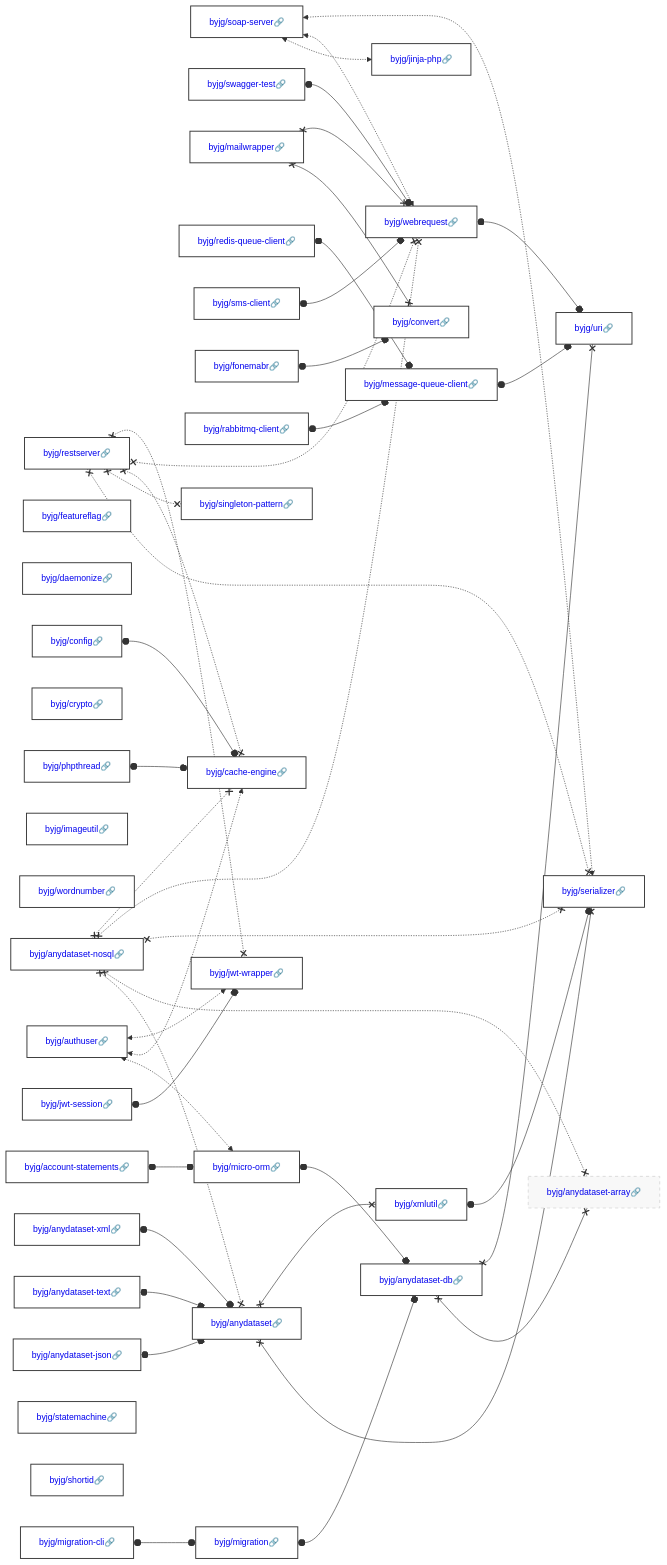
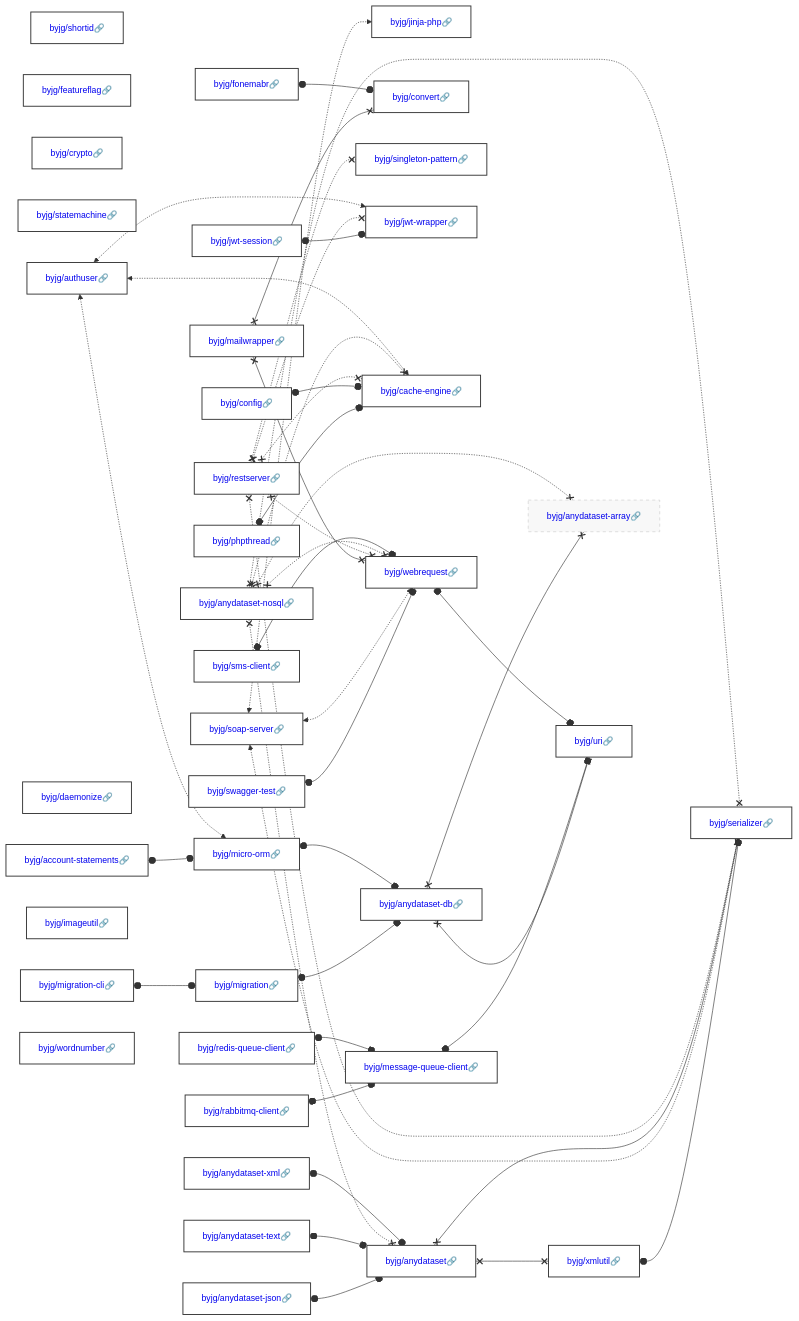
Before and after one commit to byjg/byjg.github.io: the diagram in docs/php/README.md, drawn with Mermaid. The commit also changed other lines of this file and 2 other files, not shown here.

Commit message:
Update documentation 'php' 'php-uri'

````diff
--- a/docs/php/README.md
+++ b/docs/php/README.md
@@ -3,40 +3,40 @@
 ```mermaid
 graph LR;
+  byjg/anydataset-nosql[<a href='https://opensource.byjg.com/docs/php/anydataset-nosql' style='text-decoration:none'>byjg/anydataset-nosql🔗</a>];
+  byjg/anydataset-xml[<a href='https://opensource.byjg.com/docs/php/anydataset-xml' style='text-decoration:none'>byjg/anydataset-xml🔗</a>];
+  byjg/sms-client[<a href='https://opensource.byjg.com/docs/php/sms-client' style='text-decoration:none'>byjg/sms-client🔗</a>];
+  byjg/shortid[<a href='https://opensource.byjg.com/docs/php/shortid' style='text-decoration:none'>byjg/shortid🔗</a>];
+  byjg/rabbitmq-client[<a href='https://opensource.byjg.com/docs/php/rabbitmq-client' style='text-decoration:none'>byjg/rabbitmq-client🔗</a>];
+  byjg/fonemabr[<a href='https://opensource.byjg.com/docs/php/fonemabr' style='text-decoration:none'>byjg/fonemabr🔗</a>];
+  byjg/featureflag[<a href='https://opensource.byjg.com/docs/php/featureflag' style='text-decoration:none'>byjg/featureflag🔗</a>];
+  byjg/crypto[<a href='https://opensource.byjg.com/docs/php/crypto' style='text-decoration:none'>byjg/crypto🔗</a>];
+  byjg/statemachine[<a href='https://opensource.byjg.com/docs/php/statemachine' style='text-decoration:none'>byjg/statemachine🔗</a>];
   byjg/soap-server[<a href='https://opensource.byjg.com/docs/php/soap-server' style='text-decoration:none'>byjg/soap-server🔗</a>];
+  byjg/phpthread[<a href='https://opensource.byjg.com/docs/php/phpthread' style='text-decoration:none'>byjg/phpthread🔗</a>];
+  byjg/account-statements[<a href='https://opensource.byjg.com/docs/php/account-statements' style='text-decoration:none'>byjg/account-statements🔗</a>];
+  byjg/jwt-session[<a href='https://opensource.byjg.com/docs/php/jwt-session' style='text-decoration:none'>byjg/jwt-session🔗</a>];
+  byjg/daemonize[<a href='https://opensource.byjg.com/docs/php/daemonize' style='text-decoration:none'>byjg/daemonize🔗</a>];
+  byjg/redis-queue-client[<a href='https://opensource.byjg.com/docs/php/redis-queue-client' style='text-decoration:none'>byjg/redis-queue-client🔗</a>];
+  byjg/authuser[<a href='https://opensource.byjg.com/docs/php/authuser' style='text-decoration:none'>byjg/authuser🔗</a>];
+  byjg/imageutil[<a href='https://opensource.byjg.com/docs/php/imageutil' style='text-decoration:none'>byjg/imageutil🔗</a>];
+  byjg/mailwrapper[<a href='https://opensource.byjg.com/docs/php/mailwrapper' style='text-decoration:none'>byjg/mailwrapper🔗</a>];
+  byjg/restserver[<a href='https://opensource.byjg.com/docs/php/restserver' style='text-decoration:none'>byjg/restserver🔗</a>];
+  byjg/anydataset-text[<a href='https://opensource.byjg.com/docs/php/anydataset-text' style='text-decoration:none'>byjg/anydataset-text🔗</a>];
+  byjg/migration-cli[<a href='https://opensource.byjg.com/docs/php/migration-cli' style='text-decoration:none'>byjg/migration-cli🔗</a>];
+  byjg/config[<a href='https://opensource.byjg.com/docs/php/config' style='text-decoration:none'>byjg/config🔗</a>];
   byjg/swagger-test[<a href='https://opensource.byjg.com/docs/php/swagger-test' style='text-decoration:none'>byjg/swagger-test🔗</a>];
-  byjg/mailwrapper[<a href='https://opensource.byjg.com/docs/php/mailwrapper' style='text-decoration:none'>byjg/mailwrapper🔗</a>];
-  byjg/redis-queue-client[<a href='https://opensource.byjg.com/docs/php/redis-queue-client' style='text-decoration:none'>byjg/redis-queue-client🔗</a>];
-  byjg/anydataset-xml[<a href='https://opensource.byjg.com/docs/php/anydataset-xml' style='text-decoration:none'>byjg/anydataset-xml🔗</a>];
-  byjg/featureflag[<a href='https://opensource.byjg.com/docs/php/featureflag' style='text-decoration:none'>byjg/featureflag🔗</a>];
-  byjg/daemonize[<a href='https://opensource.byjg.com/docs/php/daemonize' style='text-decoration:none'>byjg/daemonize🔗</a>];
-  byjg/anydataset-text[<a href='https://opensource.byjg.com/docs/php/anydataset-text' style='text-decoration:none'>byjg/anydataset-text🔗</a>];
-  byjg/sms-client[<a href='https://opensource.byjg.com/docs/php/sms-client' style='text-decoration:none'>byjg/sms-client🔗</a>];
-  byjg/crypto[<a href='https://opensource.byjg.com/docs/php/crypto' style='text-decoration:none'>byjg/crypto🔗</a>];
-  byjg/migration-cli[<a href='https://opensource.byjg.com/docs/php/migration-cli' style='text-decoration:none'>byjg/migration-cli🔗</a>];
-  byjg/imageutil[<a href='https://opensource.byjg.com/docs/php/imageutil' style='text-decoration:none'>byjg/imageutil🔗</a>];
   byjg/wordnumber[<a href='https://opensource.byjg.com/docs/php/wordnumber' style='text-decoration:none'>byjg/wordnumber🔗</a>];
   byjg/anydataset-json[<a href='https://opensource.byjg.com/docs/php/anydataset-json' style='text-decoration:none'>byjg/anydataset-json🔗</a>];
-  byjg/account-statements[<a href='https://opensource.byjg.com/docs/php/account-statements' style='text-decoration:none'>byjg/account-statements🔗</a>];
-  byjg/jwt-session[<a href='https://opensource.byjg.com/docs/php/jwt-session' style='text-decoration:none'>byjg/jwt-session🔗</a>];
-  byjg/fonemabr[<a href='https://opensource.byjg.com/docs/php/fonemabr' style='text-decoration:none'>byjg/fonemabr🔗</a>];
-  byjg/phpthread[<a href='https://opensource.byjg.com/docs/php/phpthread' style='text-decoration:none'>byjg/phpthread🔗</a>];
-  byjg/authuser[<a href='https://opensource.byjg.com/docs/php/authuser' style='text-decoration:none'>byjg/authuser🔗</a>];
-  byjg/rabbitmq-client[<a href='https://opensource.byjg.com/docs/php/rabbitmq-client' style='text-decoration:none'>byjg/rabbitmq-client🔗</a>];
-  byjg/config[<a href='https://opensource.byjg.com/docs/php/config' style='text-decoration:none'>byjg/config🔗</a>];
-  byjg/anydataset-nosql[<a href='https://opensource.byjg.com/docs/php/anydataset-nosql' style='text-decoration:none'>byjg/anydataset-nosql🔗</a>];
-  byjg/statemachine[<a href='https://opensource.byjg.com/docs/php/statemachine' style='text-decoration:none'>byjg/statemachine🔗</a>];
-  byjg/shortid[<a href='https://opensource.byjg.com/docs/php/shortid' style='text-decoration:none'>byjg/shortid🔗</a>];
-  byjg/restserver[<a href='https://opensource.byjg.com/docs/php/restserver' style='text-decoration:none'>byjg/restserver🔗</a>];
   byjg/jinja-php[<a href='https://opensource.byjg.com/docs/php/jinja-php' style='text-decoration:none'>byjg/jinja-php🔗</a>];
+  byjg/message-queue-client[<a href='https://opensource.byjg.com/docs/php/message-queue-client' style='text-decoration:none'>byjg/message-queue-client🔗</a>];
+  byjg/micro-orm[<a href='https://opensource.byjg.com/docs/php/micro-orm' style='text-decoration:none'>byjg/micro-orm🔗</a>];
+  byjg/convert[<a href='https://opensource.byjg.com/docs/php/convert' style='text-decoration:none'>byjg/convert🔗</a>];
+  byjg/singleton-pattern[<a href='https://opensource.byjg.com/docs/php/singleton-pattern' style='text-decoration:none'>byjg/singleton-pattern🔗</a>];
+  byjg/jwt-wrapper[<a href='https://opensource.byjg.com/docs/php/jwt-wrapper' style='text-decoration:none'>byjg/jwt-wrapper🔗</a>];
   byjg/migration[<a href='https://opensource.byjg.com/docs/php/migration' style='text-decoration:none'>byjg/migration🔗</a>];
-  byjg/convert[<a href='https://opensource.byjg.com/docs/php/convert' style='text-decoration:none'>byjg/convert🔗</a>];
-  byjg/micro-orm[<a href='https://opensource.byjg.com/docs/php/micro-orm' style='text-decoration:none'>byjg/micro-orm🔗</a>];
-  byjg/message-queue-client[<a href='https://opensource.byjg.com/docs/php/message-queue-client' style='text-decoration:none'>byjg/message-queue-client🔗</a>];
-  byjg/anydataset[<a href='https://opensource.byjg.com/docs/php/anydataset' style='text-decoration:none'>byjg/anydataset🔗</a>];
-  byjg/singleton-pattern[<a href='https://opensource.byjg.com/docs/php/singleton-pattern' style='text-decoration:none'>byjg/singleton-pattern🔗</a>];
   byjg/cache-engine[<a href='https://opensource.byjg.com/docs/php/cache-engine' style='text-decoration:none'>byjg/cache-engine🔗</a>];
   byjg/webrequest[<a href='https://opensource.byjg.com/docs/php/webrequest' style='text-decoration:none'>byjg/webrequest🔗</a>];
-  byjg/jwt-wrapper[<a href='https://opensource.byjg.com/docs/php/jwt-wrapper' style='text-decoration:none'>byjg/jwt-wrapper🔗</a>];
+  byjg/anydataset[<a href='https://opensource.byjg.com/docs/php/anydataset' style='text-decoration:none'>byjg/anydataset🔗</a>];
   byjg/anydataset-db[<a href='https://opensource.byjg.com/docs/php/anydataset-db' style='text-decoration:none'>byjg/anydataset-db🔗</a>];
   byjg/xmlutil[<a href='https://opensource.byjg.com/docs/php/xmlutil' style='text-decoration:none'>byjg/xmlutil🔗</a>];
   byjg/anydataset-array[<a href='https://opensource.byjg.com/docs/php/anydataset-array' style='text-decoration:none'>byjg/anydataset-array🔗</a>];
````
